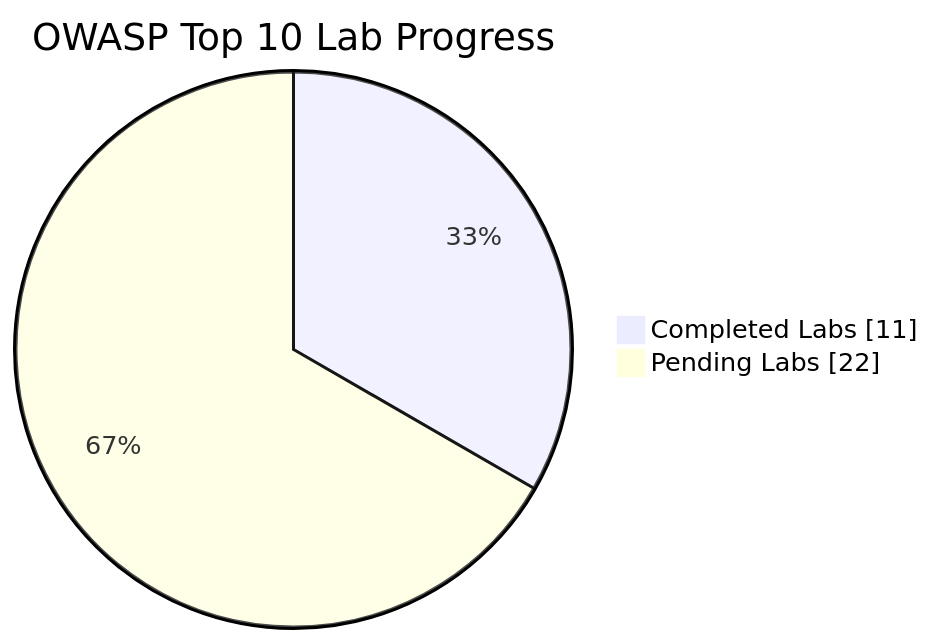
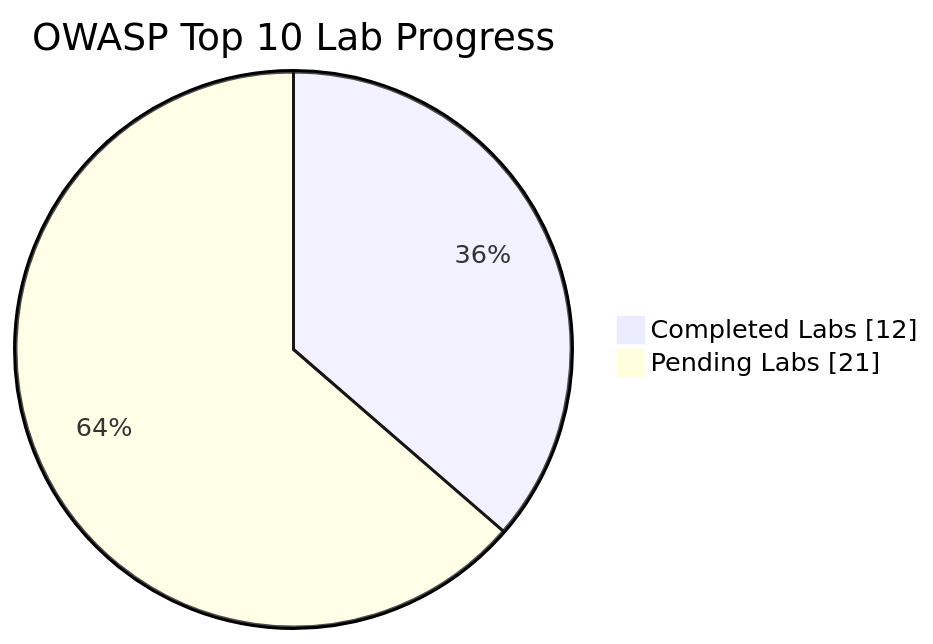
One commit to Nish344/owasp-top10-web-security changed the diagram in README.md. Above: the diagram before and after it, drawn with Mermaid. The commit also changed other lines of this file and 1 other file, not shown here.

````diff
--- a/README.md
+++ b/README.md
@@ -12,6 +12,6 @@
 ```mermaid
 pie showData
   title OWASP Top 10 Lab Progress
-  "Completed Labs" : 11
-  "Pending Labs" : 22
+  "Completed Labs" : 12
+  "Pending Labs" : 21
 ```
````
